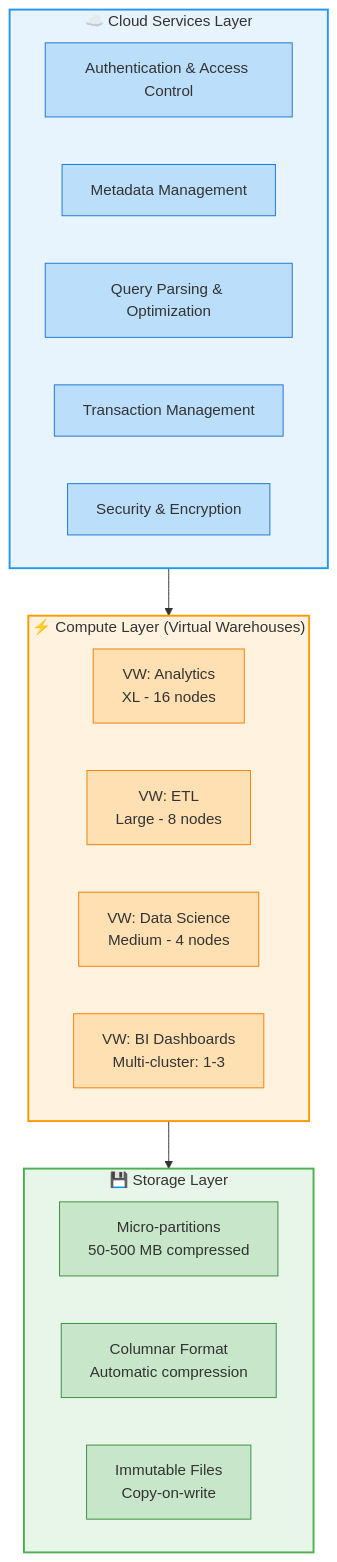
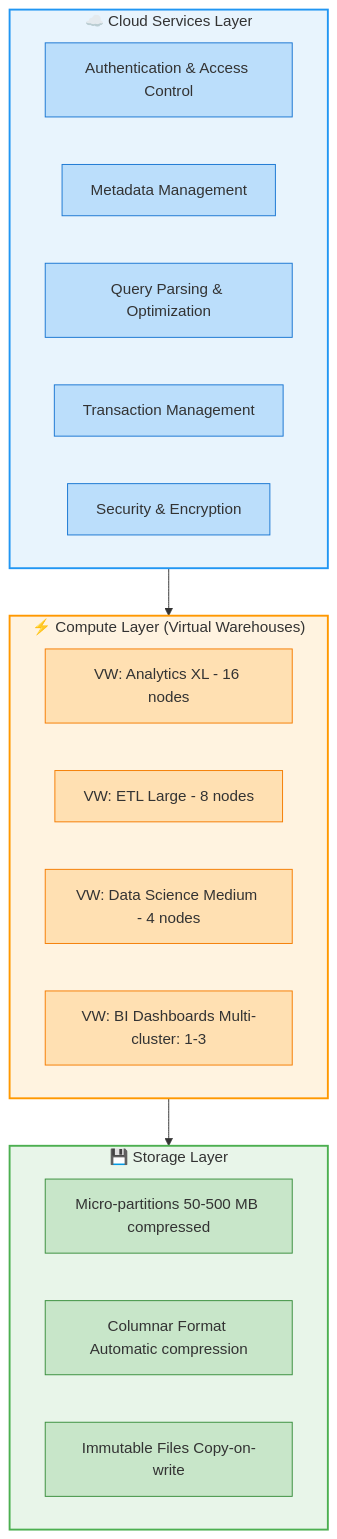
The diagram in 1_Snowflake_AI_Data_Cloud_Features_and_Architecture/1.1_Snowflake_Architecture_Overview.md (harishupadrasta/snowPro-Core), drawn with Mermaid before and after one commit. The commit also changed 16 other files, not shown here.

First line of the commit message:
Fix mermaid diagrams: replace <br/> with spaces for GitHub rendering

````diff
--- a/1_Snowflake_AI_Data_Cloud_Features_and_Architecture/1.1_Snowflake_Architecture_Overview.md
+++ b/1_Snowflake_AI_Data_Cloud_Features_and_Architecture/1.1_Snowflake_Architecture_Overview.md
@@ -51,45 +51,45 @@
 ```mermaid
 graph TB
     subgraph CSL["☁️ Cloud Services Layer"]
         direction LR
         AUTH[Authentication & Access Control]
         META[Metadata Management]
         QP[Query Parsing & Optimization]
         TXN[Transaction Management]
         SEC[Security & Encryption]
     end
 
     subgraph CL["⚡ Compute Layer (Virtual Warehouses)"]
         direction LR
-        VW1[VW: Analytics<br/>XL - 16 nodes]
-        VW2[VW: ETL<br/>Large - 8 nodes]
-        VW3[VW: Data Science<br/>Medium - 4 nodes]
-        VW4[VW: BI Dashboards<br/>Multi-cluster: 1-3]
+        VW1[VW: Analytics XL - 16 nodes]
+        VW2[VW: ETL Large - 8 nodes]
+        VW3[VW: Data Science Medium - 4 nodes]
+        VW4[VW: BI Dashboards Multi-cluster: 1-3]
     end
 
     subgraph SL["💾 Storage Layer"]
         direction LR
-        MP1[Micro-partitions<br/>50-500 MB compressed]
-        MP2[Columnar Format<br/>Automatic compression]
-        MP3[Immutable Files<br/>Copy-on-write]
+        MP1[Micro-partitions 50-500 MB compressed]
+        MP2[Columnar Format Automatic compression]
+        MP3[Immutable Files Copy-on-write]
     end
 
     CSL --> CL
     CL --> SL
 
     style CSL fill:#E8F4FD,stroke:#2196F3,stroke-width:2px
     style CL fill:#FFF3E0,stroke:#FF9800,stroke-width:2px
     style SL fill:#E8F5E9,stroke:#4CAF50,stroke-width:2px
     style AUTH fill:#BBDEFB,stroke:#1976D2
     style META fill:#BBDEFB,stroke:#1976D2
     style QP fill:#BBDEFB,stroke:#1976D2
     style TXN fill:#BBDEFB,stroke:#1976D2
     style SEC fill:#BBDEFB,stroke:#1976D2
     style VW1 fill:#FFE0B2,stroke:#F57C00
     style VW2 fill:#FFE0B2,stroke:#F57C00
     style VW3 fill:#FFE0B2,stroke:#F57C00
     style VW4 fill:#FFE0B2,stroke:#F57C00
     style MP1 fill:#C8E6C9,stroke:#388E3C
     style MP2 fill:#C8E6C9,stroke:#388E3C
     style MP3 fill:#C8E6C9,stroke:#388E3C
 ```
````
